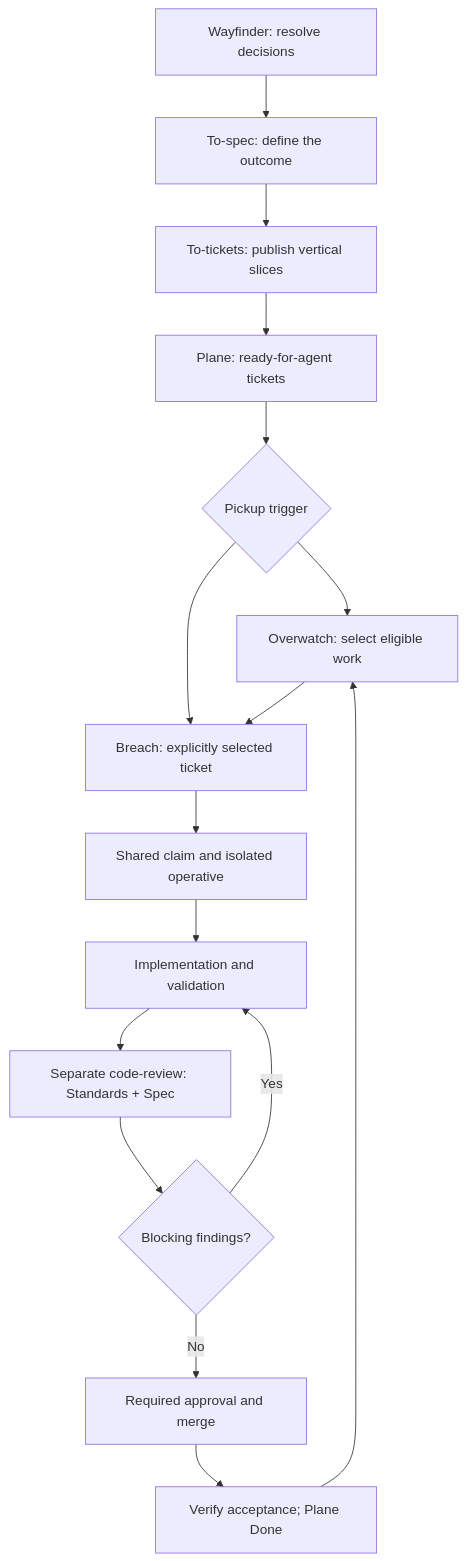
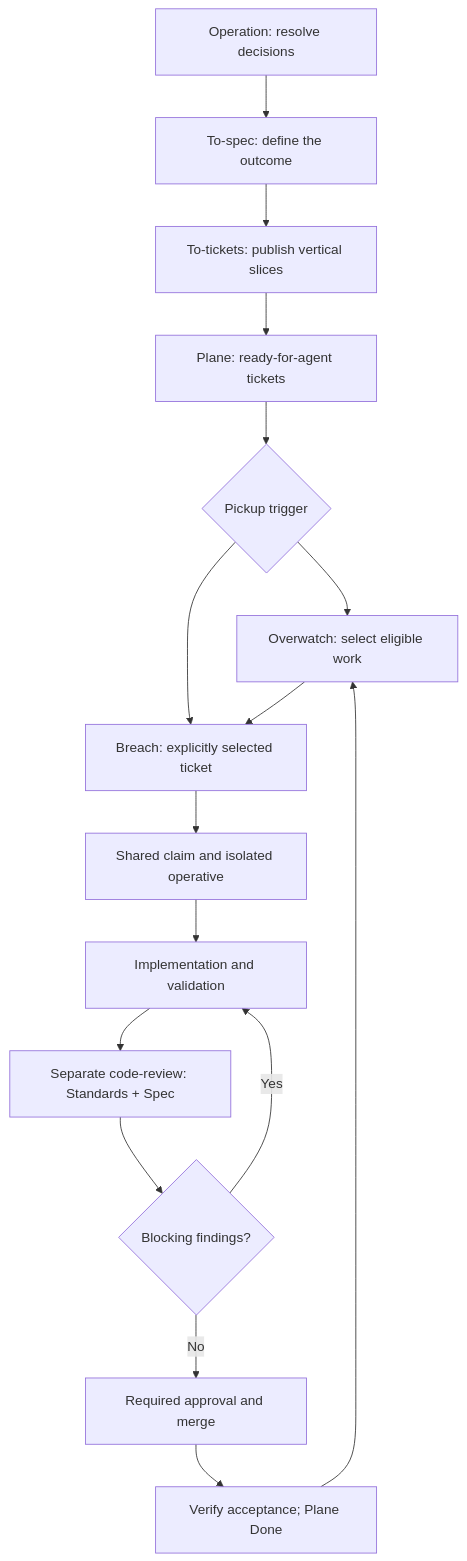
The diagram in docs/control-delivery-workflow.md (inocult/firstmate), drawn with Mermaid before and after one commit. The commit also changed other lines of this file and 7 other files, not shown here.

First line of the commit message:
feat(skills): add /operation, the upstream wayfinder skill renamed (#6)

````diff
--- a/docs/control-delivery-workflow.md
+++ b/docs/control-delivery-workflow.md
@@ -10,18 +11,18 @@
 ```mermaid
 flowchart TD
-    A["Wayfinder: resolve decisions"] --> B["To-spec: define the outcome"]
+    A["Operation: resolve decisions"] --> B["To-spec: define the outcome"]
     B --> C["To-tickets: publish vertical slices"]
     C --> D["Plane: ready-for-agent tickets"]
     D --> E{"Pickup trigger"}
     E --> F["Overwatch: select eligible work"]
     E --> G["Breach: explicitly selected ticket"]
     F --> G
     G --> H["Shared claim and isolated operative"]
     H --> I["Implementation and validation"]
     I --> J["Separate code-review: Standards + Spec"]
     J --> K{"Blocking findings?"}
     K -->|Yes| I
     K -->|No| L["Required approval and merge"]
     L --> M["Verify acceptance; Plane Done"]
     M --> F
 ```
````
